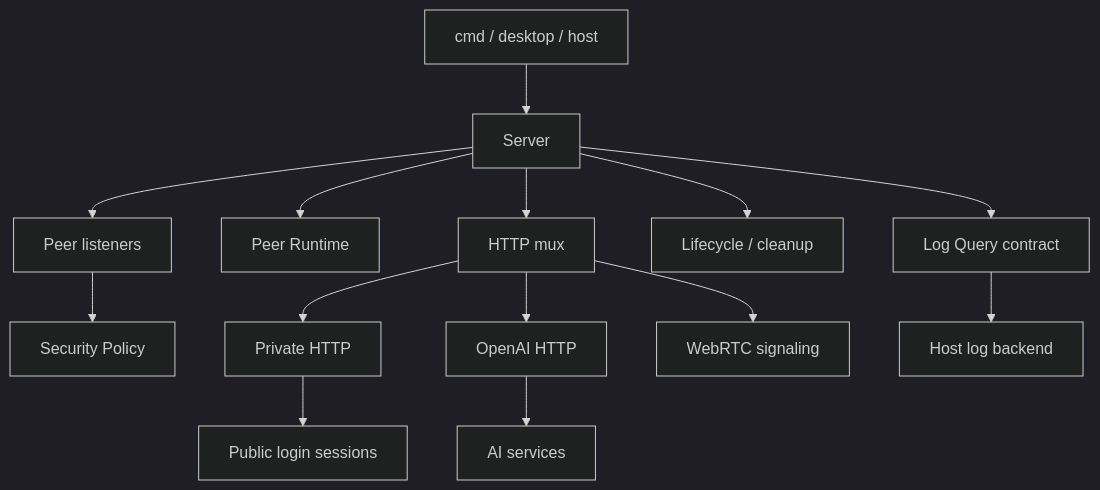
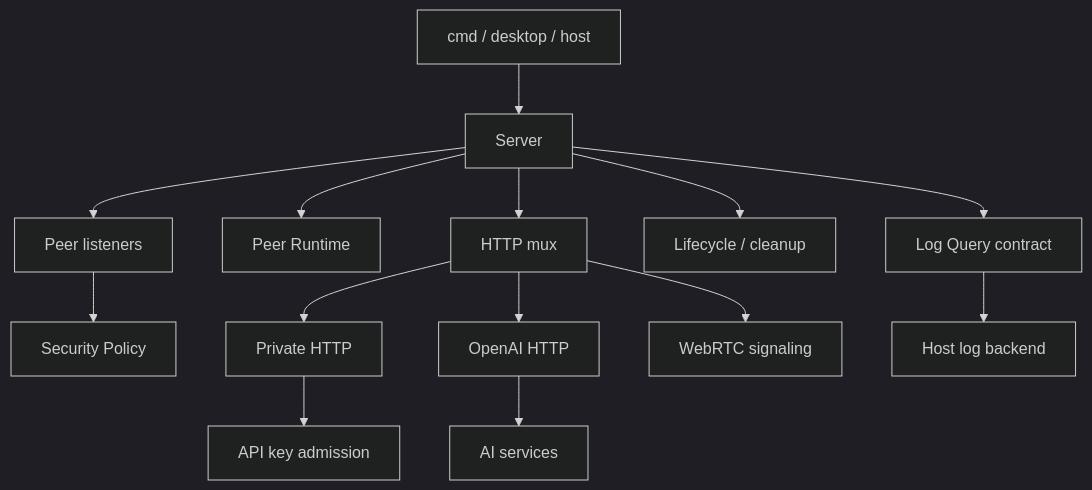
One commit to GizClaw/gizclaw changed the diagram in guides/en/developing/gizclaw/server/overview.md. Above: the diagram before and after it, drawn with Mermaid (dark theme). The commit also changed 131 other files, not shown here.

First line of the commit message:
auth: replace public login with device-bound API keys (#903)

````diff
--- a/guides/en/developing/gizclaw/server/overview.md
+++ b/guides/en/developing/gizclaw/server/overview.md
@@ -17,18 +17,18 @@
 ```mermaid
 flowchart TB
     Host["cmd / desktop / host"] --> Core["Server"]
     Core --> Listeners["Peer listeners"]
     Core --> Peer["Peer Runtime"]
     Core --> HTTP["HTTP mux"]
     Core --> Cleanup["Lifecycle / cleanup"]
 
     Listeners --> Policy["Security Policy"]
     HTTP --> Private["Private HTTP"]
     HTTP --> OpenAI["OpenAI HTTP"]
     HTTP --> Signaling["WebRTC signaling"]
 
-    Private --> Login["Public login sessions"]
+    Private --> APIKeys["API key admission"]
     OpenAI --> AI["AI services"]
     Core --> Logs["Log Query contract"]
     Logs --> Backend["Host log backend"]
 ```
````
